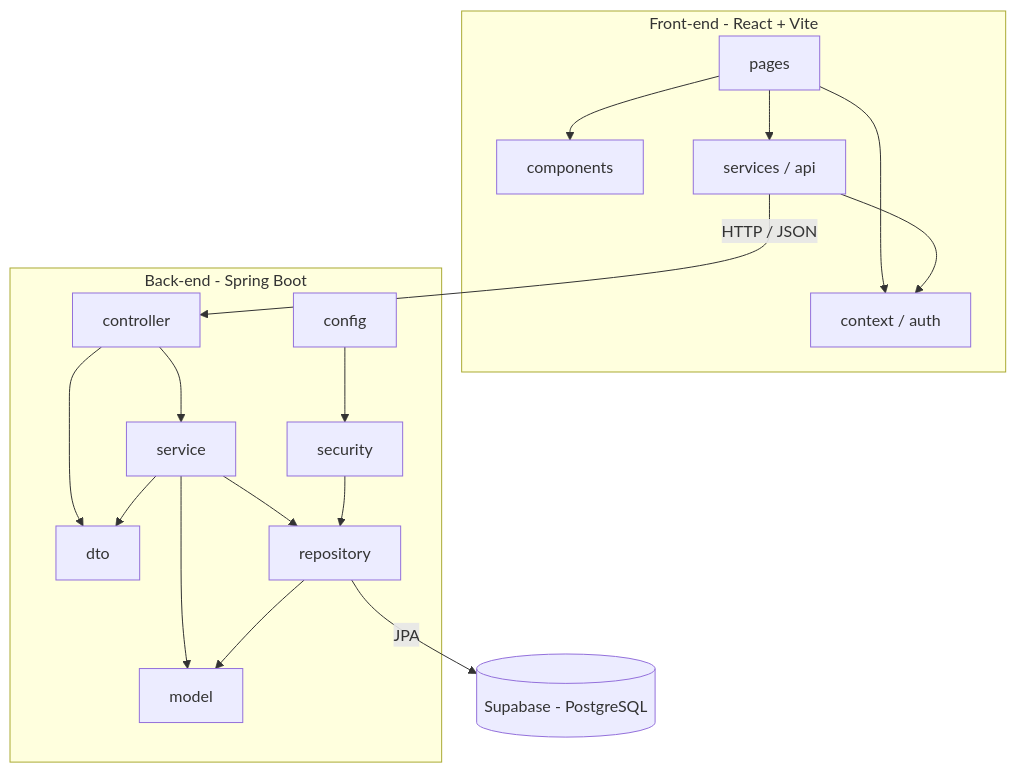
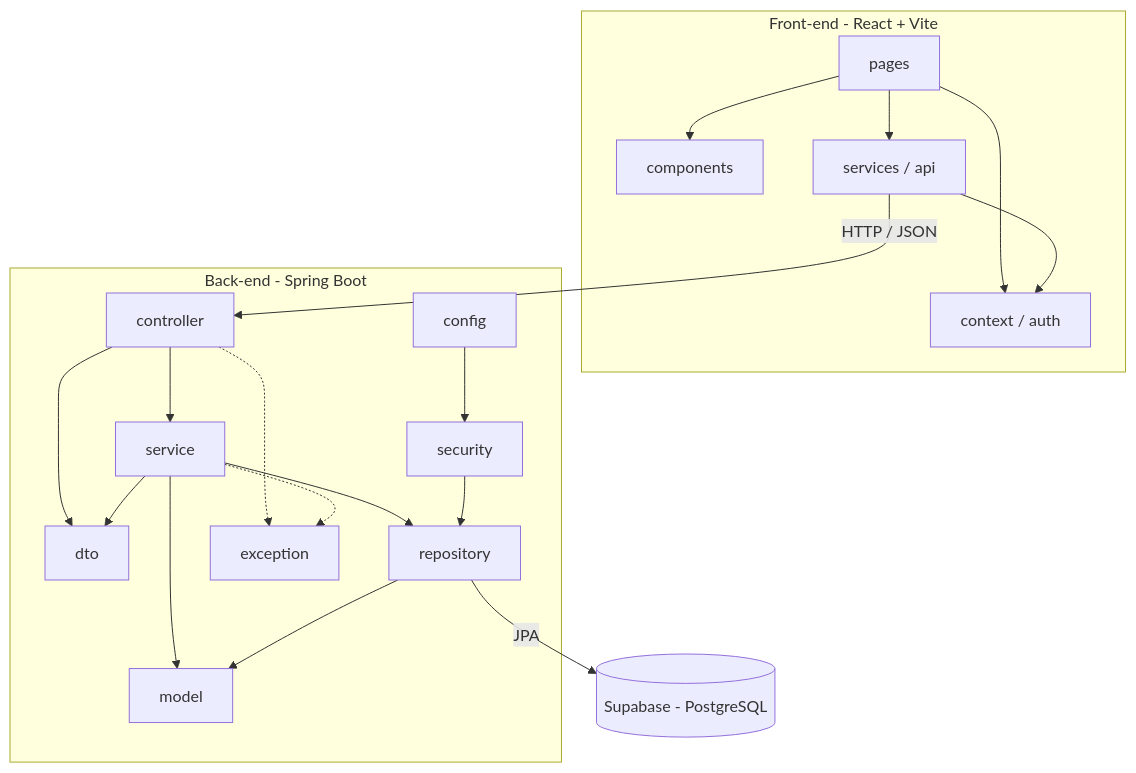
Before and after one commit to Ennzzo/diaw: the diagram in laboratorio02/docs/diagrama-pacotes.md, drawn with Mermaid. The commit also changed other lines of this file and 1 other file, not shown here.

Commit message:
Atualiza diagramas de classes e de pacotes conforme o codigo

````diff
--- a/laboratorio02/docs/diagrama-pacotes.md
+++ b/laboratorio02/docs/diagrama-pacotes.md
@@ -5,37 +5,40 @@
 ```mermaid
 flowchart TB
     subgraph frontend [Front-end - React + Vite]
         pages[pages]
         components[components]
         services[services / api]
         context[context / auth]
         pages --> components
         pages --> services
         pages --> context
         services --> context
     end
 
     subgraph backend [Back-end - Spring Boot]
         controller[controller]
         dto[dto]
         service[service]
         repository[repository]
         model[model]
         security[security]
         config[config]
+        exception[exception]
 
         controller --> service
         controller --> dto
         service --> repository
         service --> model
         service --> dto
         repository --> model
         security --> repository
         config --> security
+        controller -.-> exception
+        service -.-> exception
     end
 
     db[(Supabase - PostgreSQL)]
 
     services -- HTTP / JSON --> controller
     repository -- JPA --> db
 ```
````
